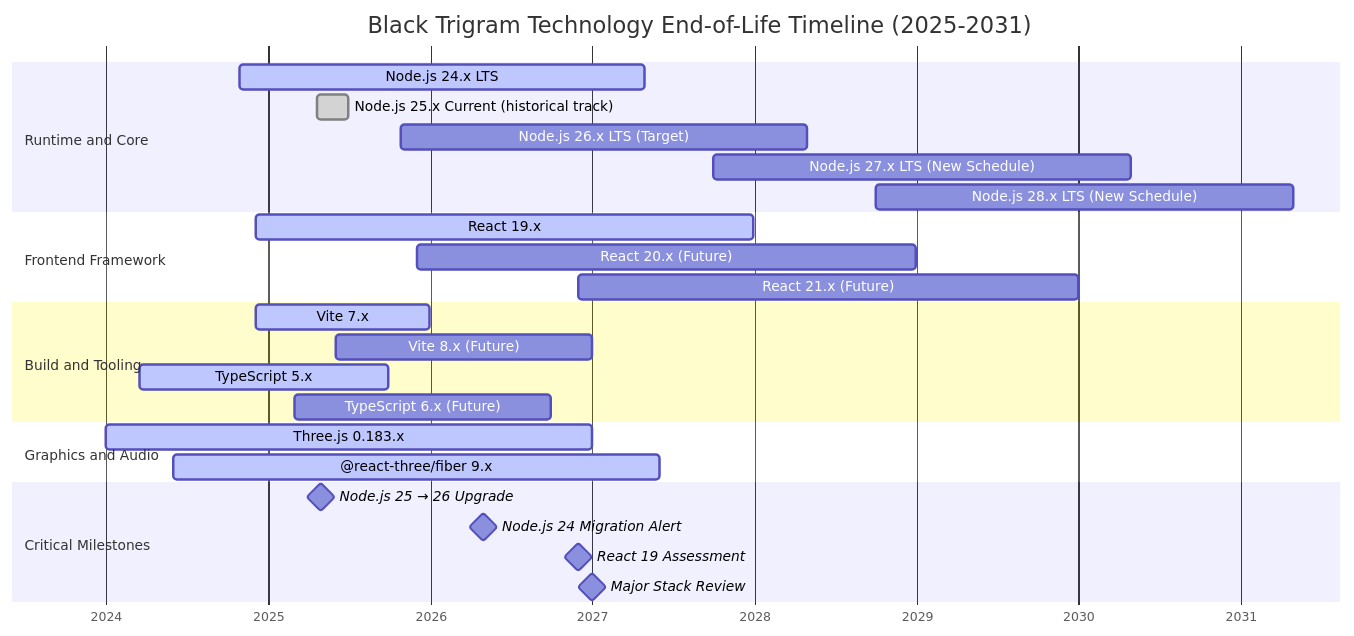
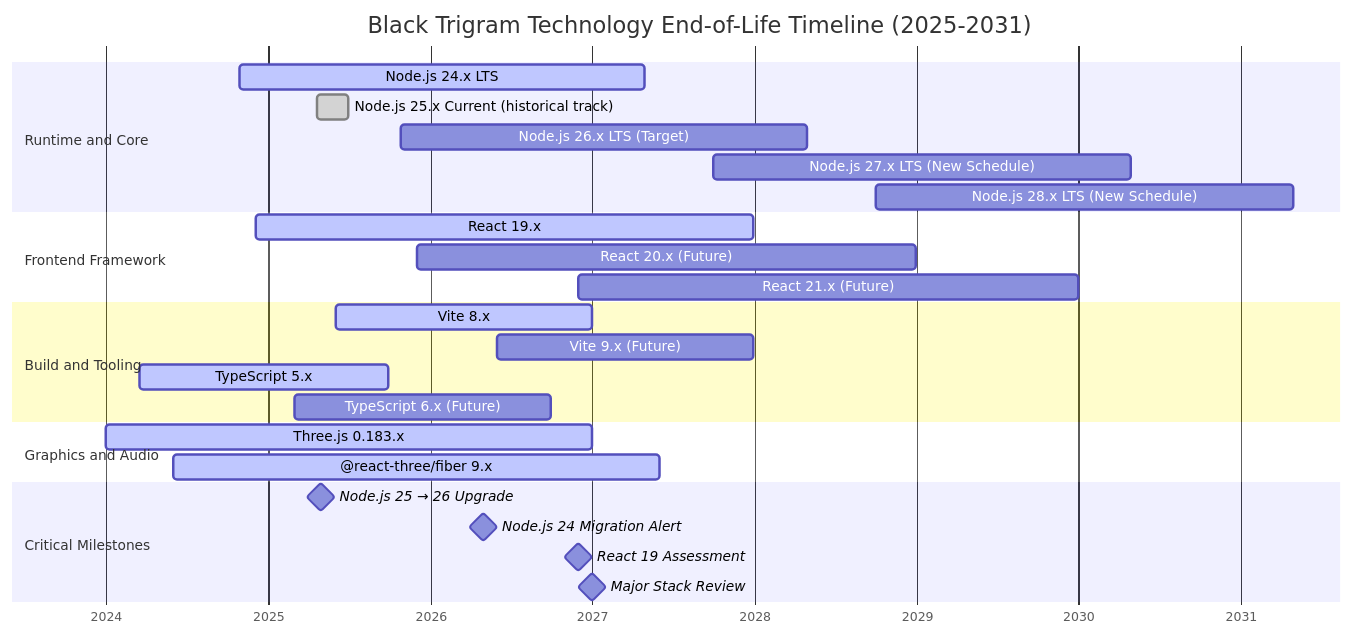
One commit to Hack23/blacktrigram changed the fifth of 8 diagrams in End-of-Life-Strategy.md. Above: the diagram before and after it, drawn with Mermaid. The commit also changed other lines of this file and 1 other file, not shown here.

Commit message:
docs: fix review feedback — Vite 8.x refs, Node gantt overlaps, testing-agent guidance

````diff
--- a/End-of-Life-Strategy.md
+++ b/End-of-Life-Strategy.md
@@ -384,34 +384,34 @@
 ```mermaid
 gantt
     title Black Trigram Technology End-of-Life Timeline (2025-2031)
     dateFormat YYYY-MM-DD
     axisFormat %Y
 
     section Runtime and Core
     Node.js 24.x LTS          :active, node24, 2024-10-29, 2027-04-30
     Node.js 25.x Current (historical track) :done, node25, 2025-04-22, 2025-06-30
     Node.js 26.x LTS (Target) :node26, 2025-10-28, 2028-04-30
     Node.js 27.x LTS (New Schedule) :node27, 2027-10-01, 2030-04-30
     Node.js 28.x LTS (New Schedule) :node28, 2028-10-01, 2031-04-30
 
     section Frontend Framework
     React 19.x                :active, react19, 2024-12-05, 2027-12-31
     React 20.x (Future)       :react20, 2025-12-01, 2028-12-31
     React 21.x (Future)       :react21, 2026-12-01, 2029-12-31
 
     section Build and Tooling
-    Vite 7.x                  :active, vite7, 2024-12-03, 2025-12-31
-    Vite 8.x (Future)         :vite8, 2025-06-01, 2026-12-31
+    Vite 8.x                  :active, vite8, 2025-06-01, 2026-12-31
+    Vite 9.x (Future)         :vite9, 2026-06-01, 2027-12-31
     TypeScript 5.x            :active, ts5, 2024-03-16, 2025-09-30
     TypeScript 6.x (Future)   :ts6, 2025-03-01, 2026-09-30
 
     section Graphics and Audio
     Three.js 0.183.x           :active, three, 2024-01-01, 2026-12-31
     @react-three/fiber 9.x     :active, r3f9, 2024-06-01, 2027-06-01
 
     section Critical Milestones
     Node.js 25 → 26 Upgrade    :milestone, node25upgrade, 2025-04-30, 0d
     Node.js 24 Migration Alert :milestone, node24alert, 2026-04-30, 0d
     React 19 Assessment       :milestone, react19assess, 2026-12-01, 0d
     Major Stack Review        :milestone, stackreview, 2027-01-01, 0d
 ```
````
